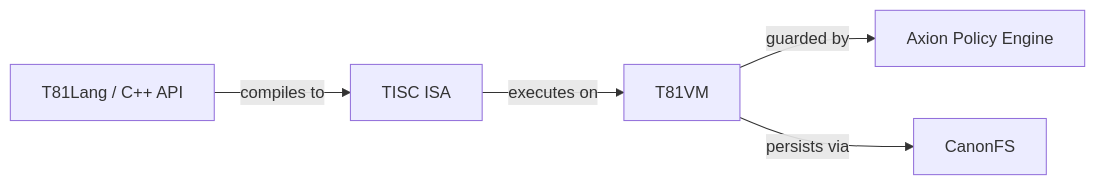
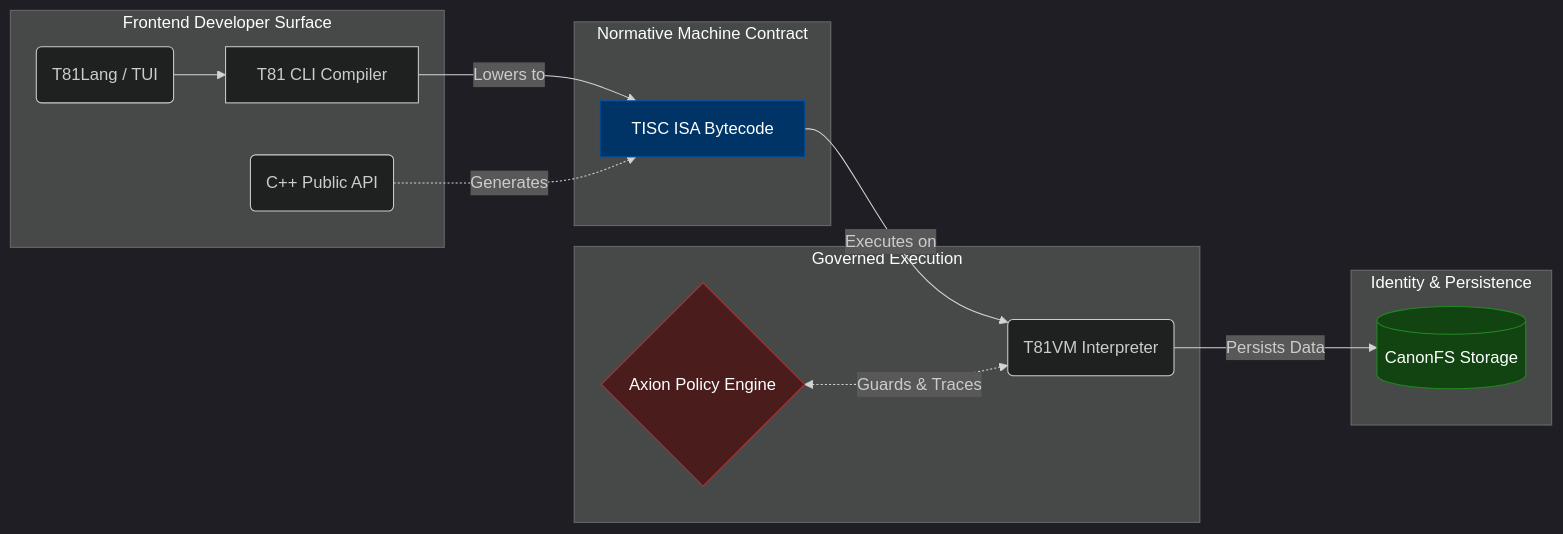
The diagram in README.md (t81dev/t81-foundation), drawn with Mermaid before and after one commit. The commit also changed other lines of this file and 5 other files, not shown here.

````diff
--- a/README.md
+++ b/README.md
@@ -45,7 +33,27 @@
 ```mermaid
-flowchart LR
-    A[T81Lang / C++ API] -->|compiles to| B[TISC ISA]
-    B -->|executes on| C[T81VM]
-    C -->|guarded by| D[Axion Policy Engine]
-    C -->|persists via| E[CanonFS]
+%%{init: {'theme': 'dark', 'themeVariables': { 'fontFamily': 'inter' }}}%%
+graph LR
+    subgraph Frontend [Frontend Developer Surface]
+        Lang(T81Lang / TUI) --> Compiler[T81 CLI Compiler]
+        Api(C++ Public API)
+    end
+    
+    subgraph ISA [Normative Machine Contract]
+        TISC[TISC ISA Bytecode]
+        Compiler -->|Lowers to| TISC
+        Api -.->|Generates| TISC
+    end
+
+    subgraph Runtime [Governed Execution]
+        TISC -->|Executes on| T81VM(T81VM Interpreter)
+        Axion{Axion Policy Engine} <-.->|Guards & Traces| T81VM
+    end
+
+    subgraph Data [Identity & Persistence]
+        T81VM -->|Persists Data| CanonFS[(CanonFS Storage)]
+    end
+
+    style TISC fill:#003366,stroke:#0055aa,color:#fff
+    style Axion fill:#4a1c1c,stroke:#aa3333,color:#fff
+    style CanonFS fill:#114411,stroke:#228822,color:#fff
 ```
````
